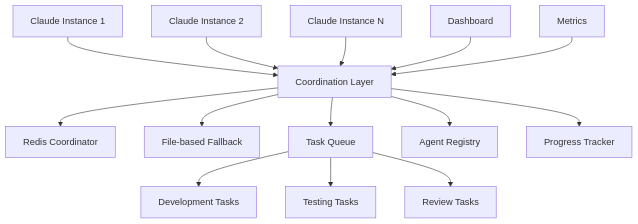
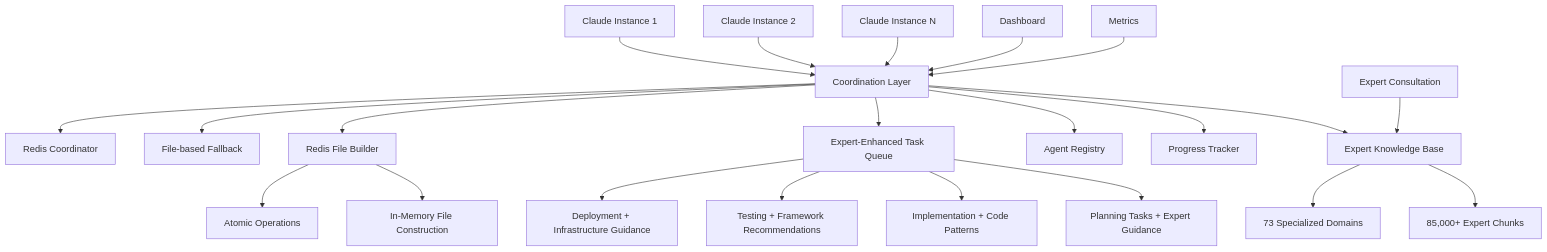
Before and after one commit to forrest321/workflow-ng: the diagram in README.md, drawn with Mermaid. The commit also changed other lines of this file and 3 other files, not shown here.

````diff
--- a/README.md
+++ b/README.md
@@ -58,20 +88,30 @@
 ```mermaid
 graph TB
     A[Claude Instance 1] --> C[Coordination Layer]
     B[Claude Instance 2] --> C
     D[Claude Instance N] --> C
     
     C --> E[Redis Coordinator]
     C --> F[File-based Fallback]
+    C --> X[Expert Knowledge Base]
     
-    C --> G[Task Queue]
+    C --> G[Expert-Enhanced Task Queue]
     C --> H[Agent Registry]
     C --> I[Progress Tracker]
+    C --> Y[Redis File Builder]
     
-    G --> J[Development Tasks]
-    G --> K[Testing Tasks]
-    G --> L[Review Tasks]
+    X --> Z[85,000+ Expert Chunks]
+    X --> AA[73 Specialized Domains]
+    
+    G --> J[Planning Tasks + Expert Guidance]
+    G --> K[Implementation + Code Patterns]
+    G --> L[Testing + Framework Recommendations]
+    G --> LL[Deployment + Infrastructure Guidance]
+    
+    Y --> MM[In-Memory File Construction]
+    Y --> NN[Atomic Operations]
     
     M[Dashboard] --> C
     N[Metrics] --> C
+    O[Expert Consultation] --> X
 ```
````
